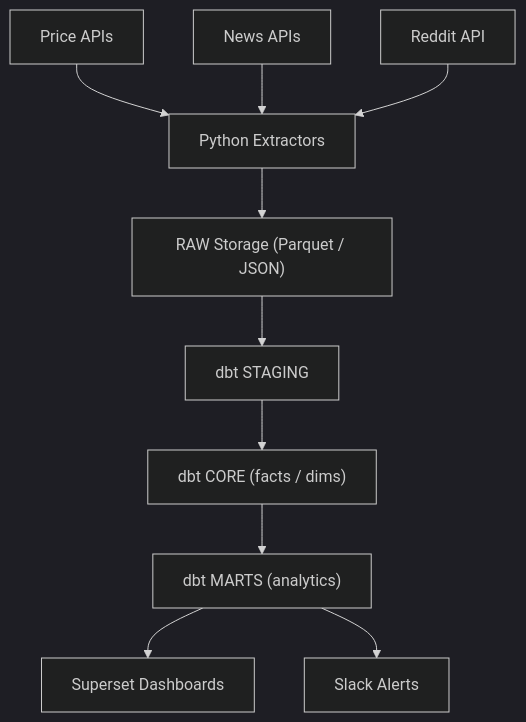
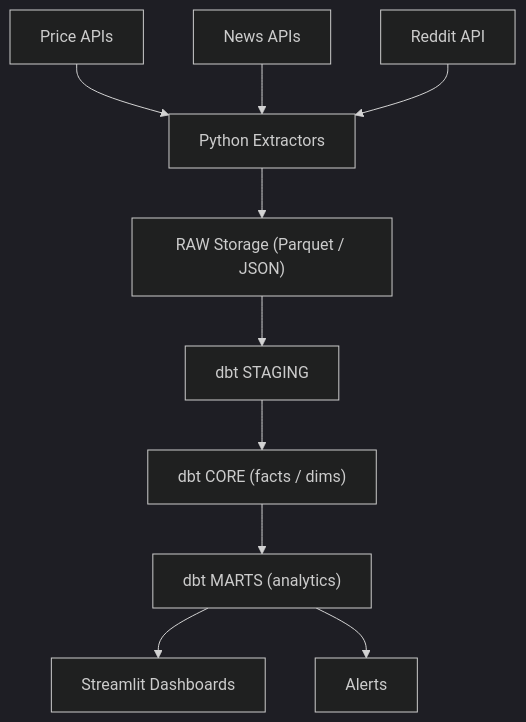
The diagram in README.md (Jeri-Code/stock-news-sentiment), drawn with Mermaid (dark theme) before and after one commit. The commit also changed other lines of this file, not shown here.

Commit message:
feat: db schema initial plan

````diff
--- a/README.md
+++ b/README.md
@@ -23,12 +22,12 @@
 ```mermaid
 flowchart TD
     A1[Price APIs] --> B[Python Extractors]
     A2[News APIs] --> B
     A3[Reddit API] --> B
     B --> C["RAW Storage (Parquet / JSON)"]
     C --> D["dbt STAGING"]
     D --> E["dbt CORE (facts / dims)"]
     E --> F["dbt MARTS (analytics)"]
-    F --> G["Superset Dashboards"]
-    F --> H["Slack Alerts"]
+    F --> G["Streamlit Dashboards"]
+    F --> H["Alerts"]
 ```
````
